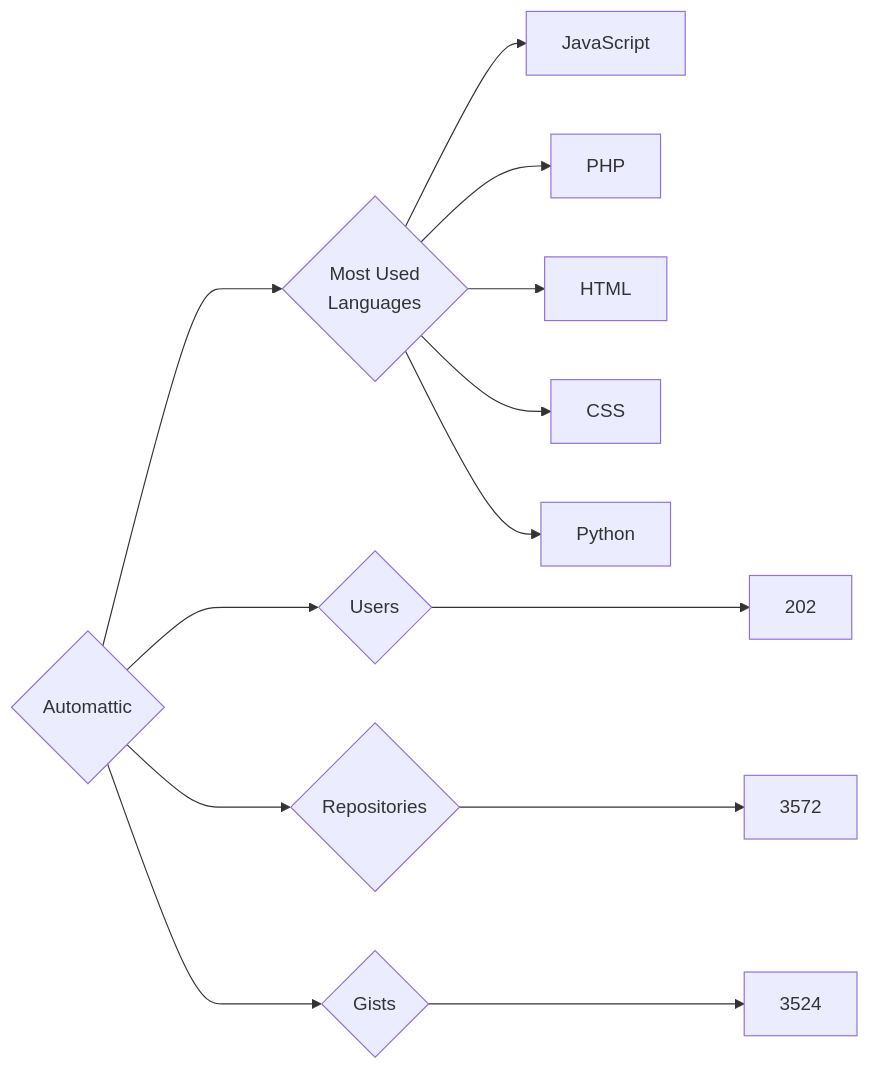
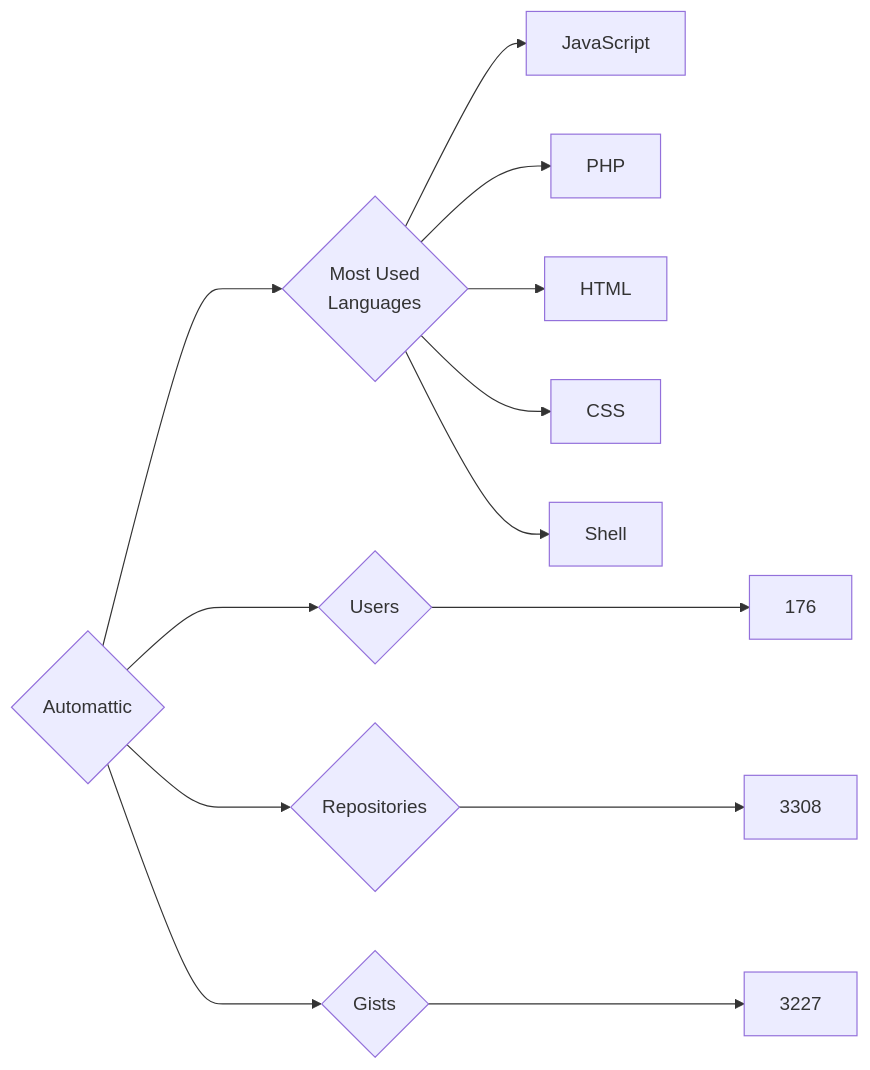
Before and after one commit to trickest/insiders: the diagram in targets/Automattic/README.md, drawn with Mermaid. The commit also changed 749 other files, not shown here.

````diff
--- a/targets/Automattic/README.md
+++ b/targets/Automattic/README.md
@@ -3,13 +3,13 @@
 ```mermaid
 graph LR
 COMPANY_NAME{Automattic}
-COMPANY_NAME ---> U{Users} ---> UN[202]
-COMPANY_NAME ---> R{Repositories} ---> RN[3572]
-COMPANY_NAME ---> G{Gists} ---> GN[3524]
+COMPANY_NAME ---> U{Users} ---> UN[176]
+COMPANY_NAME ---> R{Repositories} ---> RN[3308]
+COMPANY_NAME ---> G{Gists} ---> GN[3227]
 COMPANY_NAME ---> ML{Most Used<br>Languages}
 ML --> JavaScript[JavaScript]
 ML --> PHP[PHP]
 ML --> HTML[HTML]
 ML --> CSS[CSS]
-ML --> Python[Python]
+ML --> Shell[Shell]
 ```
````
